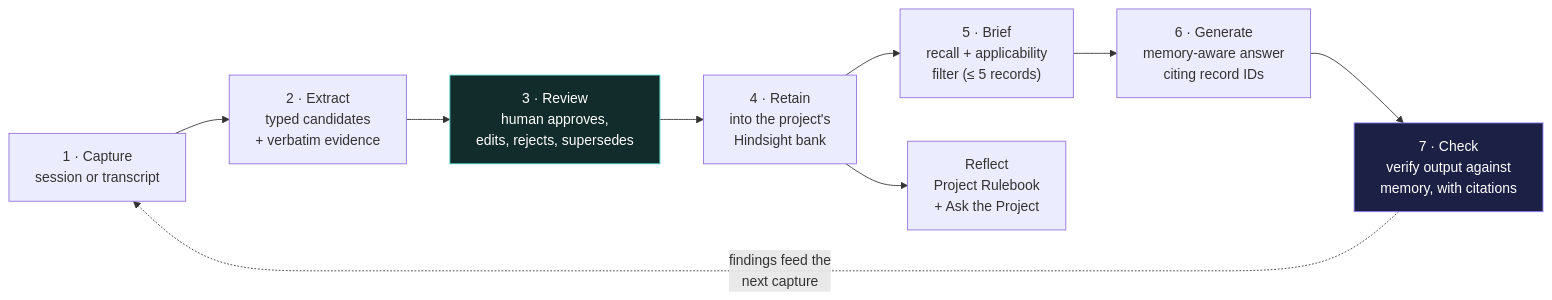
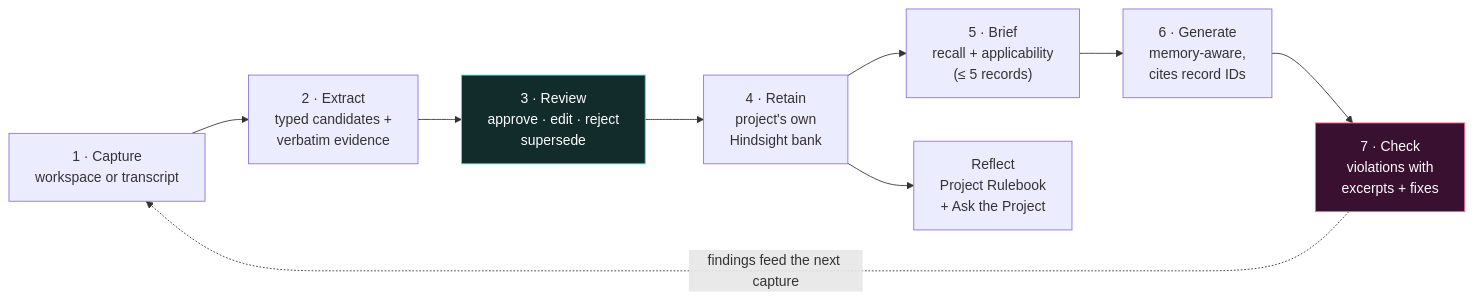
Before and after one commit to Adarsh-s-007/adaptive-agent: the first of 2 diagrams in README.md, drawn with Mermaid. The commit also changed other lines of this file and 114 other files, not shown here.

````diff
--- a/README.md
+++ b/README.md
@@ -349,14 +37,13 @@
 ```mermaid
 flowchart LR
-    C["1 · Capture<br/>session or transcript"] --> E["2 · Extract<br/>typed candidates<br/>+ verbatim evidence"]
-    E --> R["3 · Review<br/>human approves,<br/>edits, rejects, supersedes"]
-    R --> T["4 · Retain<br/>into the project's<br/>Hindsight bank"]
-    T --> B["5 · Brief<br/>recall + applicability<br/>filter (≤ 5 records)"]
-    B --> G["6 · Generate<br/>memory-aware answer<br/>citing record IDs"]
-    G --> K["7 · Check<br/>verify output against<br/>memory, with citations"]
-    K -. "findings feed the<br/>next capture" .-> C
+    C["1 · Capture<br/>workspace or transcript"] --> E["2 · Extract<br/>typed candidates +<br/>verbatim evidence"]
+    E --> R["3 · Review<br/>approve · edit · reject<br/>supersede"]
+    R --> T["4 · Retain<br/>project's own<br/>Hindsight bank"]
+    T --> B["5 · Brief<br/>recall + applicability<br/>(≤ 5 records)"]
+    B --> G["6 · Generate<br/>memory-aware,<br/>cites record IDs"]
+    G --> K["7 · Check<br/>violations with<br/>excerpts + fixes"]
+    K -. "findings feed the next capture" .-> C
     T --> F["Reflect<br/>Project Rulebook<br/>+ Ask the Project"]
-
-    style K fill:#1d2045,stroke:#8d7cff,color:#fff
+    style K fill:#3a1030,stroke:#ff6b8b,color:#fff
     style R fill:#122c2b,stroke:#52d9ca,color:#fff
 ```
````
